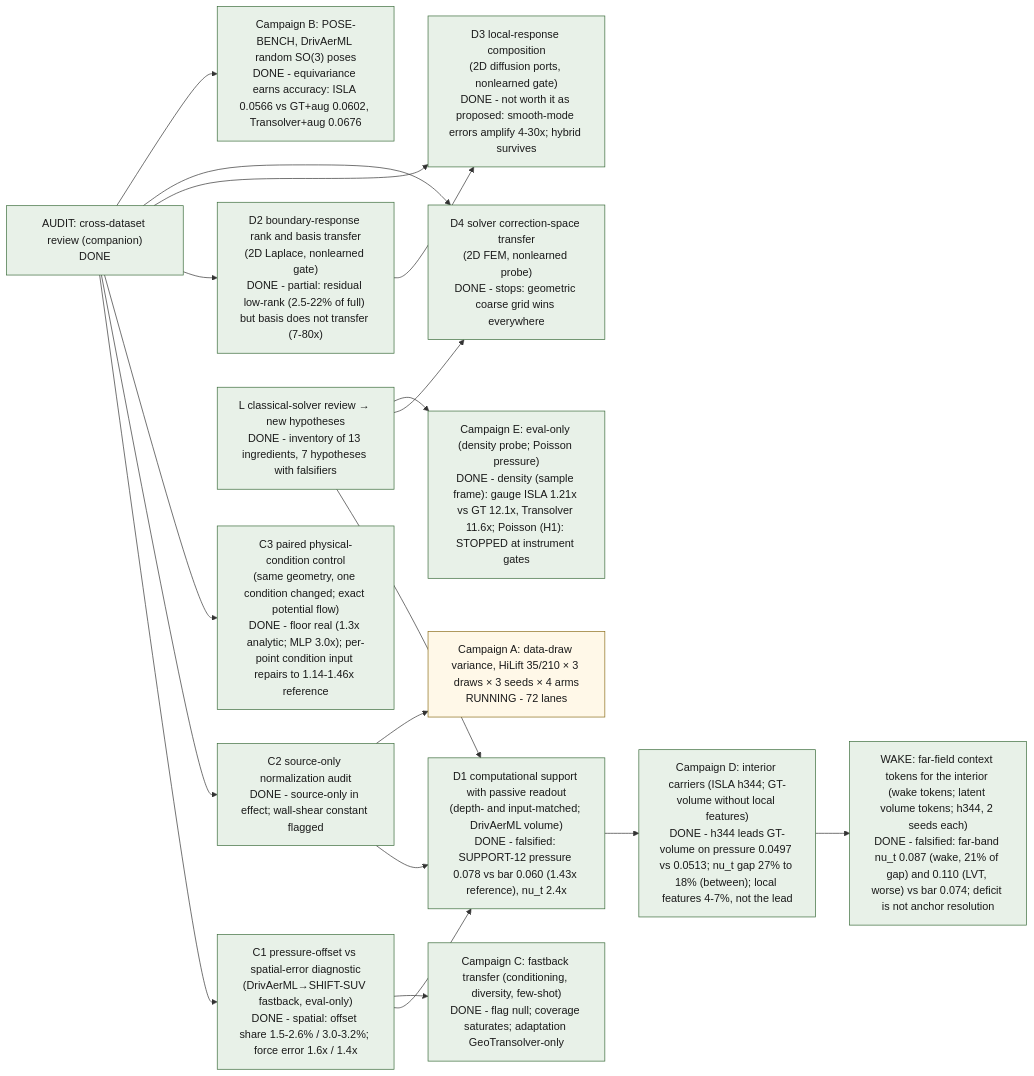
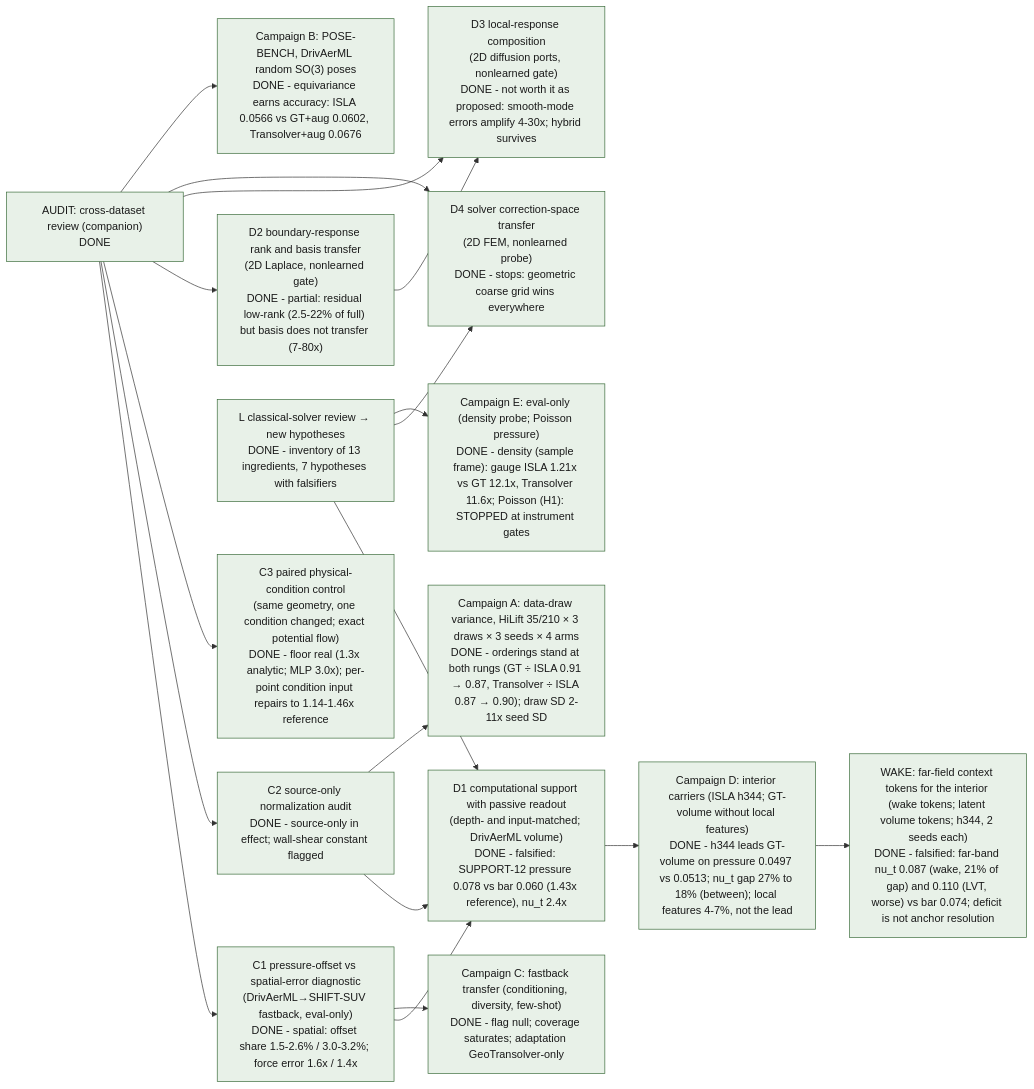
The diagram in examples/cfd/mesh_transformer/research/transfer_program/index.qmd (peterdsharpe/modulus), drawn with Mermaid before and after one commit. The commit also changed other lines of this file and 4 other files, not shown here.

Commit message:
Transfer program: campaign A 210-case verdict (orderings stand: GeoTransolver 0.87 [0.82, 0.93] and Transolver 0.90 [0.85, 0.95] of ISLA's error; weights-off ablation 0.92 on every draw; draw SD 1.8-7.6x seed SD); chapter 7 draws section covers both rungs; CAMP-A done; artifact

````diff
--- a/examples/cfd/mesh_transformer/research/transfer_program/index.qmd
+++ b/examples/cfd/mesh_transformer/research/transfer_program/index.qmd
@@ -36,39 +36,39 @@
 ```{mermaid}
 flowchart LR
   classDef done fill:#e8f1e8,stroke:#3a6b3a,color:#1a1a1a
   classDef running fill:#fff8e8,stroke:#8a6d1a,color:#1a1a1a
   classDef ready fill:#eef3fb,stroke:#2a5ba8,color:#1a1a1a
   classDef planned fill:#f2f1ec,stroke:#898781,color:#1a1a1a,stroke-dasharray:4 3
   AUDIT["AUDIT: cross-dataset review (companion)<br/>DONE"]:::done
   POFF["C1 pressure-offset vs spatial-error diagnostic<br/>(DrivAerML→SHIFT-SUV fastback, eval-only)<br/>DONE - spatial: offset share 1.5-2.6% / 3.0-3.2%; force error 1.6x / 1.4x"]:::done
   SNORM["C2 source-only normalization audit<br/>DONE - source-only in effect; wall-shear constant flagged"]:::done
   PAIR["C3 paired physical-condition control<br/>(same geometry, one condition changed; exact potential flow)<br/>DONE - floor real (1.3x analytic; MLP 3.0x); per-point condition input repairs to 1.14-1.46x reference"]:::done
   SUPP["D1 computational support with passive readout<br/>(depth- and input-matched; DrivAerML volume)<br/>DONE - falsified: SUPPORT-12 pressure 0.078 vs bar 0.060 (1.43x reference), nu_t 2.4x"]:::done
   RESP["D2 boundary-response rank and basis transfer<br/>(2D Laplace, nonlearned gate)<br/>DONE - partial: residual low-rank (2.5-22% of full) but basis does not transfer (7-80x)"]:::done
   COMP["D3 local-response composition<br/>(2D diffusion ports, nonlearned gate)<br/>DONE - not worth it as proposed: smooth-mode errors amplify 4-30x; hybrid survives"]:::done
   SOLV["D4 solver correction-space transfer<br/>(2D FEM, nonlearned probe)<br/>DONE - stops: geometric coarse grid wins everywhere"]:::done
   CLASS["L classical-solver review → new hypotheses<br/>DONE - inventory of 13 ingredients, 7 hypotheses with falsifiers"]:::done
-  CAMPA["Campaign A: data-draw variance, HiLift 35/210 × 3 draws × 3 seeds × 4 arms<br/>RUNNING - 72 lanes"]:::running
+  CAMPA["Campaign A: data-draw variance, HiLift 35/210 × 3 draws × 3 seeds × 4 arms<br/>DONE - orderings stand at both rungs (GT ÷ ISLA 0.91 → 0.87, Transolver ÷ ISLA 0.87 → 0.90); draw SD 2-11x seed SD"]:::done
   CAMPB["Campaign B: POSE-BENCH, DrivAerML random SO(3) poses<br/>DONE - equivariance earns accuracy: ISLA 0.0566 vs GT+aug 0.0602, Transolver+aug 0.0676"]:::done
   CAMPC["Campaign C: fastback transfer (conditioning, diversity, few-shot)<br/>DONE - flag null; coverage saturates; adaptation GeoTransolver-only"]:::done
   CAMPD["Campaign D: interior carriers (ISLA h344; GT-volume without local features)<br/>DONE - h344 leads GT-volume on pressure 0.0497 vs 0.0513; nu_t gap 27% to 18% (between); local features 4-7%, not the lead"]:::done
   CAMPE["Campaign E: eval-only (density probe; Poisson pressure)<br/>DONE - density (sample frame): gauge ISLA 1.21x vs GT 12.1x, Transolver 11.6x; Poisson (H1): STOPPED at instrument gates"]:::done
   WAKE["WAKE: far-field context tokens for the interior (wake tokens; latent volume tokens; h344, 2 seeds each)<br/>DONE - falsified: far-band nu_t 0.087 (wake, 21% of gap) and 0.110 (LVT, worse) vs bar 0.074; deficit is not anchor resolution"]:::done
   AUDIT --> POFF
   AUDIT --> SNORM
   AUDIT --> PAIR
   POFF --> SUPP
   SNORM --> SUPP
   AUDIT --> RESP
   AUDIT --> COMP
   AUDIT --> SOLV
   RESP --> COMP
   CLASS --> SUPP
   CLASS --> SOLV
   POFF --> CAMPC
   SNORM --> CAMPA
   CLASS --> CAMPE
   SUPP --> CAMPD
   CAMPD --> WAKE
   AUDIT --> CAMPB
 ```
````
